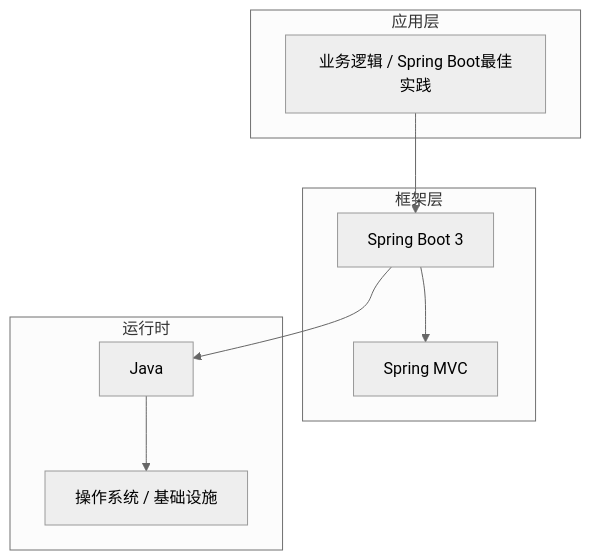
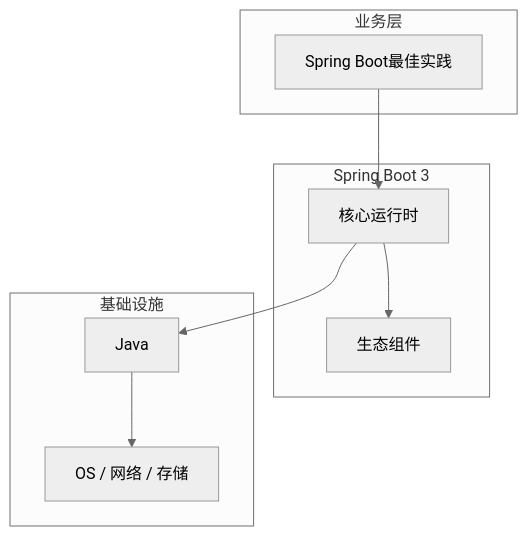
One commit to yanggan2015/knowledge-json-v2 changed the diagram in articles/Spring Boot/chapters/114-Spring-Boot最佳实践核心概念与原理.md. Above: the diagram before and after it, drawn with Mermaid (neutral theme). The commit also changed other lines of this file and 10127 other files, not shown here.

````diff
--- a/articles/Spring Boot/chapters/114-Spring-Boot最佳实践核心概念与原理.md
+++ b/articles/Spring Boot/chapters/114-Spring-Boot最佳实践核心概念与原理.md
@@ -45,18 +34,18 @@
 ```mermaid
 graph TB
-    subgraph 应用层
-        A[业务逻辑 / Spring Boot最佳实践]
+    subgraph 业务层
+        A[Spring Boot最佳实践]
     end
-    subgraph 框架层
-        B[Spring Boot 3]
-        C[Spring MVC]
+    subgraph Spring Boot 3
+        B[核心运行时]
+        C[生态组件]
     end
-    subgraph 运行时
+    subgraph 基础设施
         D[Java]
-        E[操作系统 / 基础设施]
+        E[OS / 网络 / 存储]
     end
     A --> B
     B --> C
     B --> D
     D --> E
 ```
````
